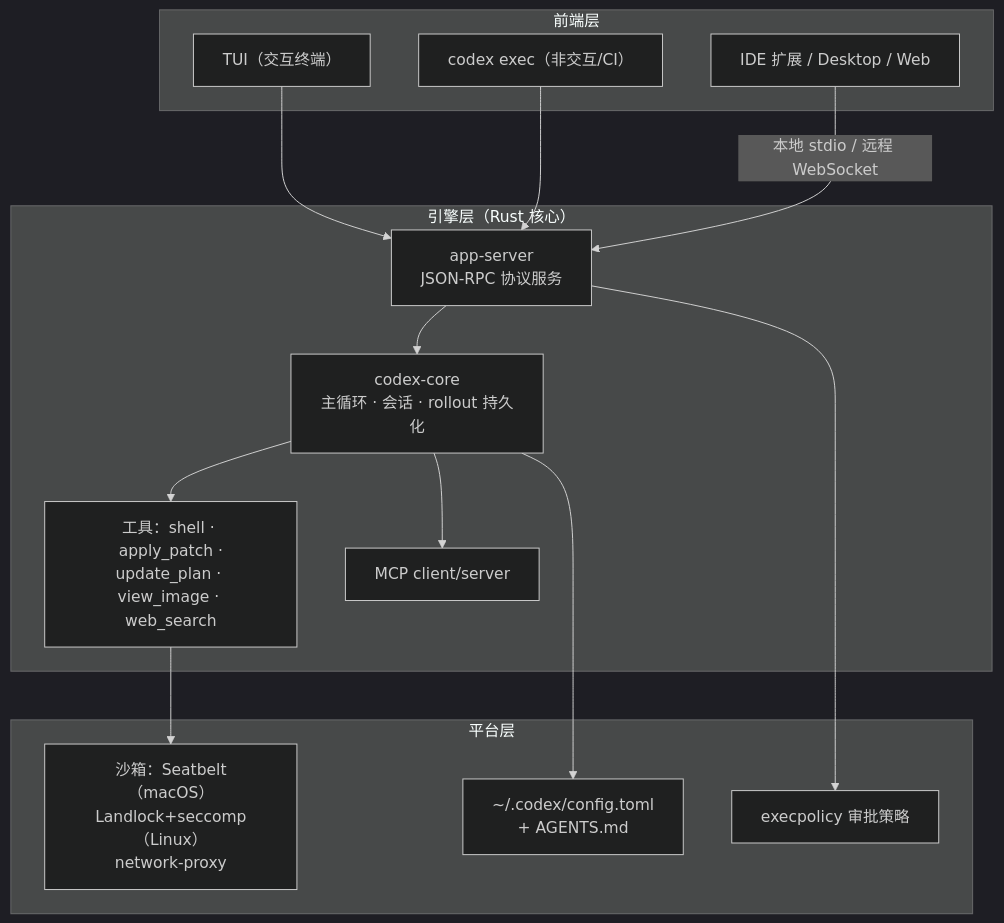
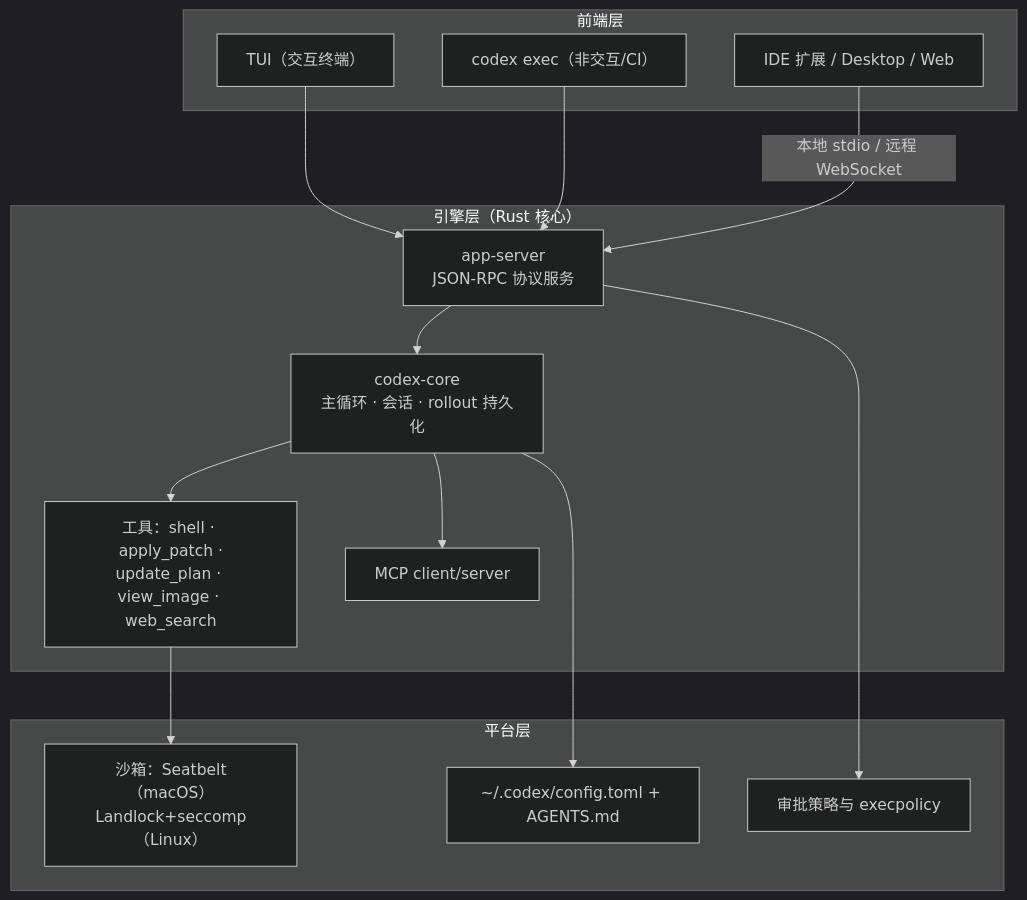
One commit to chongyi/deep-dive-agents changed the second of 2 diagrams in src/part2/ch13-codex-cli.md. Above: the diagram before and after it, drawn with Mermaid (dark theme). The commit also changed other lines of this file and 8 other files, not shown here.

````diff
--- a/src/part2/ch13-codex-cli.md
+++ b/src/part2/ch13-codex-cli.md
@@ -22,28 +32,28 @@
 ```mermaid
 flowchart TB
     subgraph frontends["前端层"]
         tui["TUI（交互终端）"]
         exec["codex exec（非交互/CI）"]
         ide["IDE 扩展 / Desktop / Web"]
     end
     subgraph engine["引擎层（Rust 核心）"]
         app["app-server<br/>JSON-RPC 协议服务"]
         core["codex-core<br/>主循环 · 会话 · rollout 持久化"]
         tools["工具：shell · apply_patch ·<br/>update_plan · view_image · web_search"]
         mcp["MCP client/server"]
     end
     subgraph platform["平台层"]
-        sandbox["沙箱：Seatbelt（macOS）<br/>Landlock+seccomp（Linux）<br/>network-proxy"]
-        policy["execpolicy 审批策略"]
-        cfg["~/.codex/config.toml<br/>+ AGENTS.md"]
+        sandbox["沙箱：Seatbelt（macOS）<br/>Landlock+seccomp（Linux）"]
+        policy["审批策略与 execpolicy"]
+        cfg["~/.codex/config.toml + AGENTS.md"]
     end
     tui --> app
     exec --> app
     ide -->|"本地 stdio / 远程 WebSocket"| app
     app --> core
     core --> tools
     core --> mcp
     tools --> sandbox
     app --> policy
     core --> cfg
 ```
````
